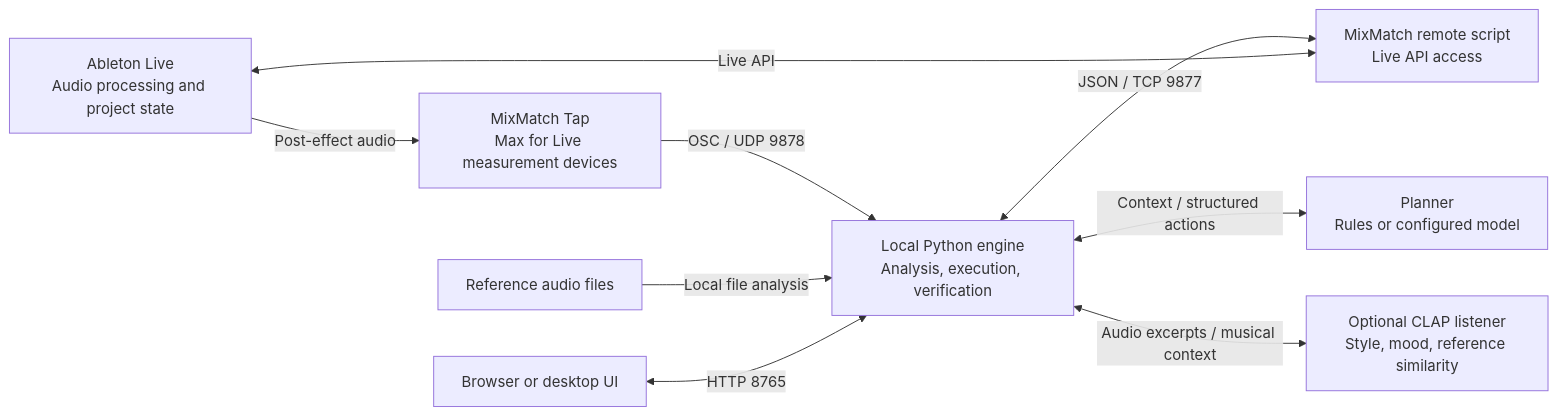
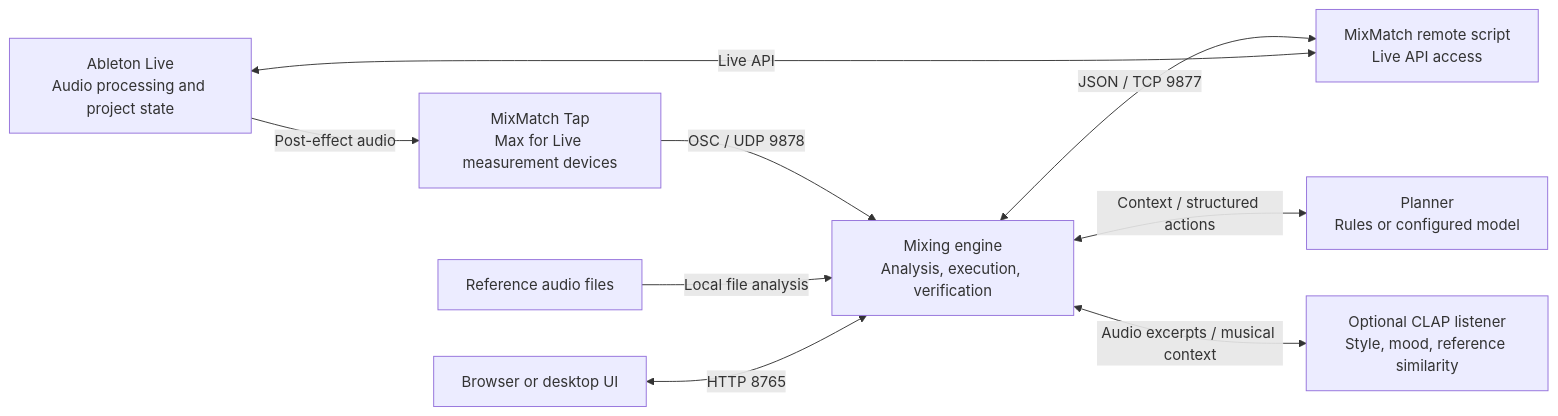
The diagram in README.md (moritzlauper/mara), drawn with Mermaid before and after one commit. The commit also changed other lines of this file, not shown here.

````diff
--- a/README.md
+++ b/README.md
@@ -288,20 +288,20 @@
 ```mermaid
 flowchart LR
     Live["Ableton Live<br/>Audio processing and project state"]
     Tap["MixMatch Tap<br/>Max for Live measurement devices"]
     Remote["MixMatch remote script<br/>Live API access"]
-    Engine["Local Python engine<br/>Analysis, execution, verification"]
+    Engine["Mixing engine<br/>Analysis, execution, verification"]
     Planner["Planner<br/>Rules or configured model"]
     Listener["Optional CLAP listener<br/>Style, mood, reference similarity"]
     Refs["Reference audio files"]
     UI["Browser or desktop UI"]
 
     Live -->|Post-effect audio| Tap
     Tap -->|OSC / UDP 9878| Engine
     Engine <-->|JSON / TCP 9877| Remote
     Remote <-->|Live API| Live
     Refs -->|Local file analysis| Engine
     Engine <-->|Context / structured actions| Planner
     Engine <-->|Audio excerpts / musical context| Listener
     UI <-->|HTTP 8765| Engine
 ```
````
